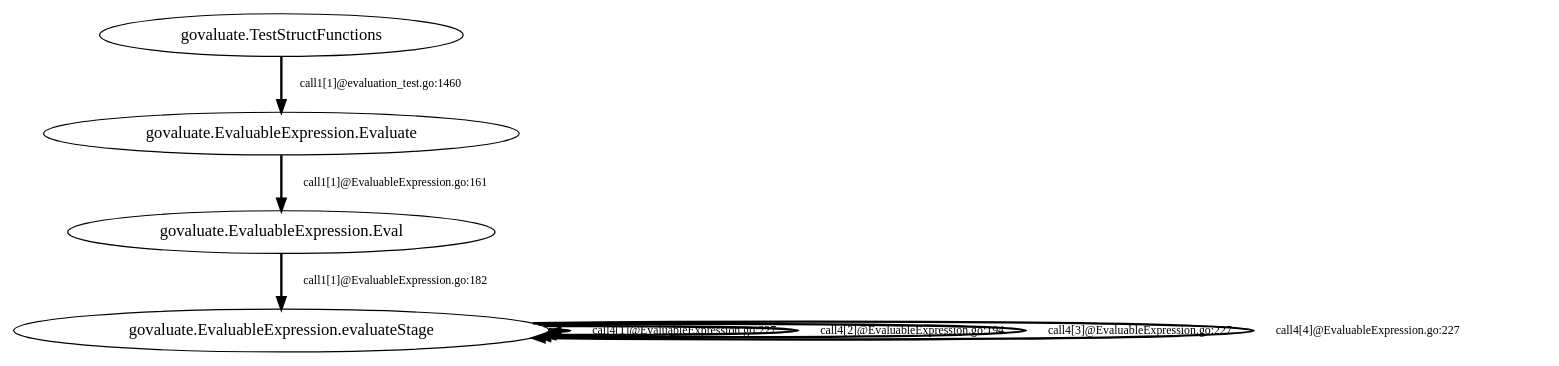
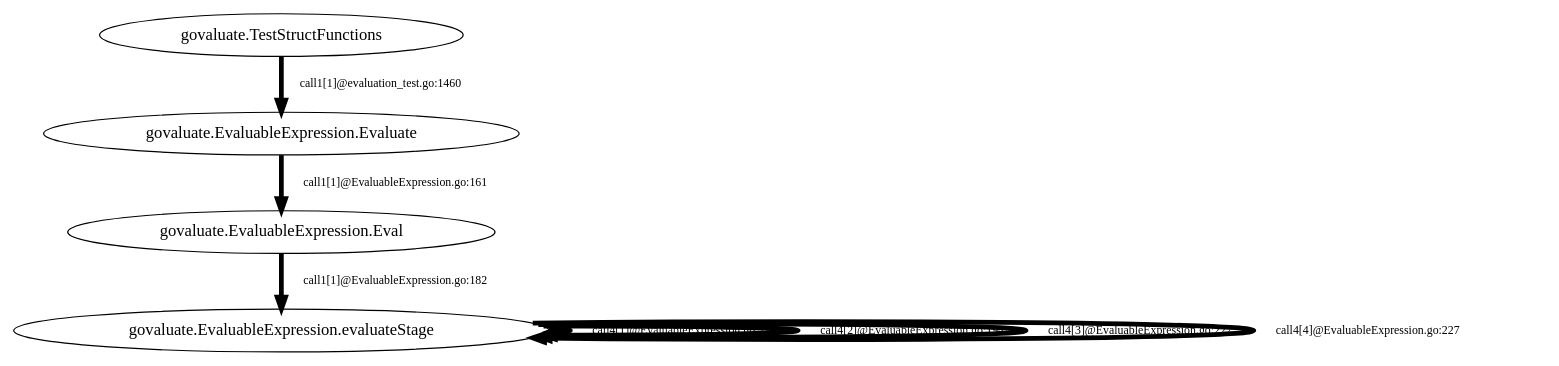
The diagram in call_graph.dot (wilebeast/awesomeCallGraph), drawn with Graphviz before and after one commit. The commit also changed 2 other files, not shown here.

```diff
--- a/call_graph.dot
+++ b/call_graph.dot
@@ -1,10 +1,10 @@
 digraph G {
-  edge [fontsize=10, penwidth=2];
-"govaluate.EvaluableExpression.Evaluate" -> "govaluate.EvaluableExpression.Eval" [label="call1[1]@EvaluableExpression.go:161", tooltip="{\n    \"arguments\": {\n        \"parameters\": {}\n    },\n    \"result\": {\n        \"X1\": 4001,\n        \"X2\": null\n    }\n}"]
-"govaluate.TestStructFunctions" -> "govaluate.EvaluableExpression.Evaluate" [label="call1[1]@evaluation_test.go:1460", tooltip="{\n    \"arguments\": {\n        \"parameters\": null\n    },\n    \"result\": {\n        \"X1\": 4001,\n        \"X2\": null\n    }\n}"]
+  edge [fontsize=10, penwidth=4];
 "govaluate.EvaluableExpression.evaluateStage" -> "govaluate.EvaluableExpression.evaluateStage" [label="call4[1]@EvaluableExpression.go:227", tooltip="{\n    \"arguments\": {\n        \"parameters\": {},\n        \"stage\": {}\n    },\n    \"result\": {\n        \"X1\": null,\n        \"X2\": null\n    }\n}"]
 "govaluate.EvaluableExpression.evaluateStage" -> "govaluate.EvaluableExpression.evaluateStage" [label="call4[2]@EvaluableExpression.go:194", tooltip="{\n    \"arguments\": {\n        \"parameters\": {},\n        \"stage\": {}\n    },\n    \"result\": {\n        \"X1\": 2000,\n        \"X2\": null\n    }\n}"]
 "govaluate.EvaluableExpression.evaluateStage" -> "govaluate.EvaluableExpression.evaluateStage" [label="call4[3]@EvaluableExpression.go:227", tooltip="{\n    \"arguments\": {\n        \"parameters\": {},\n        \"stage\": {}\n    },\n    \"result\": {\n        \"X1\": null,\n        \"X2\": null\n    }\n}"]
 "govaluate.EvaluableExpression.evaluateStage" -> "govaluate.EvaluableExpression.evaluateStage" [label="call4[4]@EvaluableExpression.go:227", tooltip="{\n    \"arguments\": {\n        \"parameters\": {},\n        \"stage\": {}\n    },\n    \"result\": {\n        \"X1\": 2001,\n        \"X2\": null\n    }\n}"]
 "govaluate.EvaluableExpression.Eval" -> "govaluate.EvaluableExpression.evaluateStage" [label="call1[1]@EvaluableExpression.go:182", tooltip="{\n    \"arguments\": {\n        \"parameters\": {},\n        \"stage\": {}\n    },\n    \"result\": {\n        \"X1\": 4001,\n        \"X2\": null\n    }\n}"]
+"govaluate.EvaluableExpression.Evaluate" -> "govaluate.EvaluableExpression.Eval" [label="call1[1]@EvaluableExpression.go:161", tooltip="{\n    \"arguments\": {\n        \"parameters\": {}\n    },\n    \"result\": {\n        \"X1\": 4001,\n        \"X2\": null\n    }\n}"]
+"govaluate.TestStructFunctions" -> "govaluate.EvaluableExpression.Evaluate" [label="call1[1]@evaluation_test.go:1460", tooltip="{\n    \"arguments\": {\n        \"parameters\": null\n    },\n    \"result\": {\n        \"X1\": 4001,\n        \"X2\": null\n    }\n}"]
 }
```
